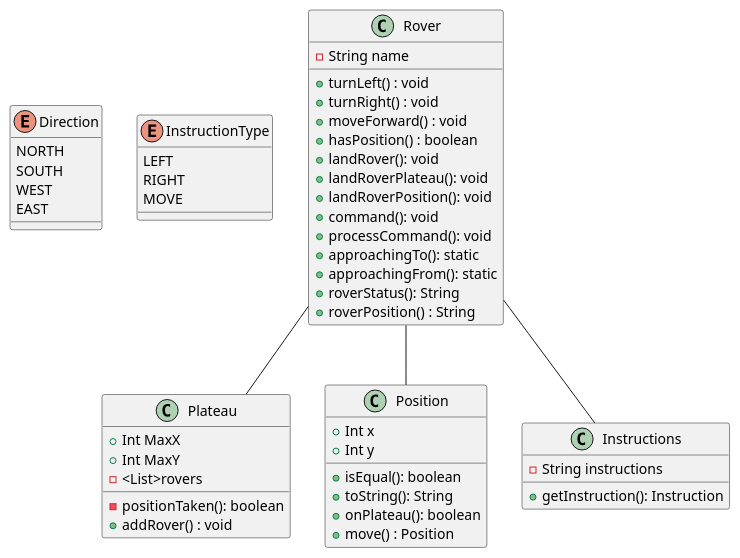
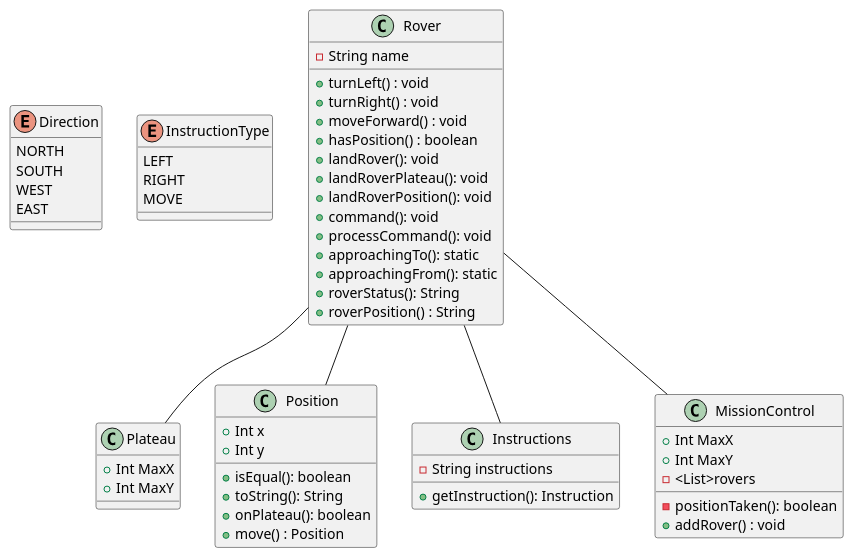
Before and after one commit to Gurpreet1490/Mars-Rover-Kata: the diagram in src/main/resources/UMLDiagram/RoverDiagram.puml, drawn with PlantUML. The commit also changed 11 other files, not shown here.

```diff
--- a/src/main/resources/UMLDiagram/RoverDiagram.puml
+++ b/src/main/resources/UMLDiagram/RoverDiagram.puml
@@ -1,64 +1,72 @@
 @startuml
 
 enum Direction {
     NORTH
     SOUTH
     WEST
     EAST
 }
 
 enum InstructionType {
     LEFT
     RIGHT
     MOVE
 }
 
 class Plateau {
     + Int MaxX
     + Int MaxY
-    -<List>rovers
 
-    -positionTaken(): boolean
-    +addRover() : void
 }
 
 class Position {
     + Int x
     + Int y
 
     +isEqual(): boolean
     +toString(): String
     +onPlateau(): boolean
     +move() : Position
 }
 
 class Instructions{
     -String instructions
     +getInstruction(): Instruction
 
 }
 
 class Rover{
     -String name
     +turnLeft() : void
     +turnRight() : void
     +moveForward() : void
     +hasPosition() : boolean
     +landRover(): void
     +landRoverPlateau(): void
     +landRoverPosition(): void
     +command(): void
     +processCommand(): void
     +approachingTo(): static
     +approachingFrom(): static
     +roverStatus(): String
     +roverPosition() : String
 }
 
+class MissionControl{
+     + Int MaxX
+     + Int MaxY
+     -<List>rovers
+
+    -positionTaken(): boolean
+    +addRover() : void
+
+}
+
 Rover--Instructions
 Rover--Position
 Rover--Plateau
+Rover--MissionControl
 
 
 
 @enduml
```
